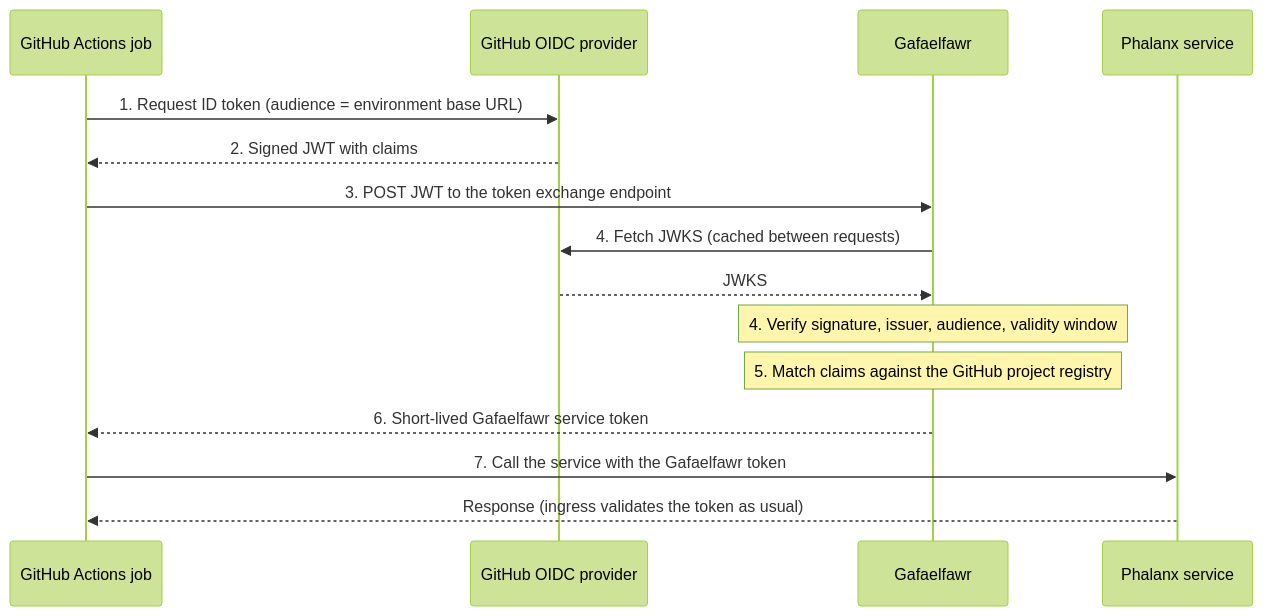
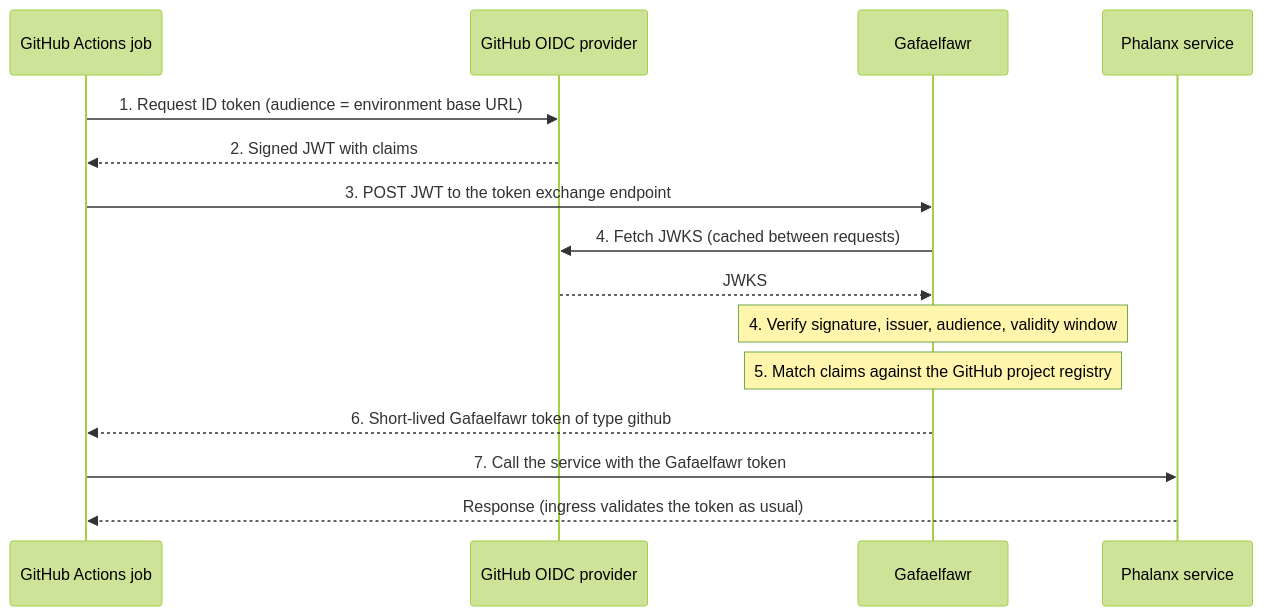
One commit to lsst-sqre/sqr-120 changed the diagram in index.rst. Above: the diagram before and after it, drawn with Mermaid (forest theme). The commit also changed other lines of this file, not shown here.

First line of the commit message:
Adopt a github token type, bot-gh- prefix, and revocation on delete

```diff
--- a/index.rst
+++ b/index.rst
@@ -79,18 +79,18 @@
 .. mermaid::
 
    sequenceDiagram
        participant Job as GitHub Actions job
        participant GitHub as GitHub OIDC provider
        participant Gafaelfawr
        participant Service as Phalanx service
 
        Job->>GitHub: 1. Request ID token (audience = environment base URL)
        GitHub-->>Job: 2. Signed JWT with claims
        Job->>Gafaelfawr: 3. POST JWT to the token exchange endpoint
        Gafaelfawr->>GitHub: 4. Fetch JWKS (cached between requests)
        GitHub-->>Gafaelfawr: JWKS
        Note over Gafaelfawr: 4. Verify signature, issuer, audience, validity window
        Note over Gafaelfawr: 5. Match claims against the GitHub project registry
-       Gafaelfawr-->>Job: 6. Short-lived Gafaelfawr service token
+       Gafaelfawr-->>Job: 6. Short-lived Gafaelfawr token of type github
        Job->>Service: 7. Call the service with the Gafaelfawr token
        Service-->>Job: Response (ingress validates the token as usual)
```
